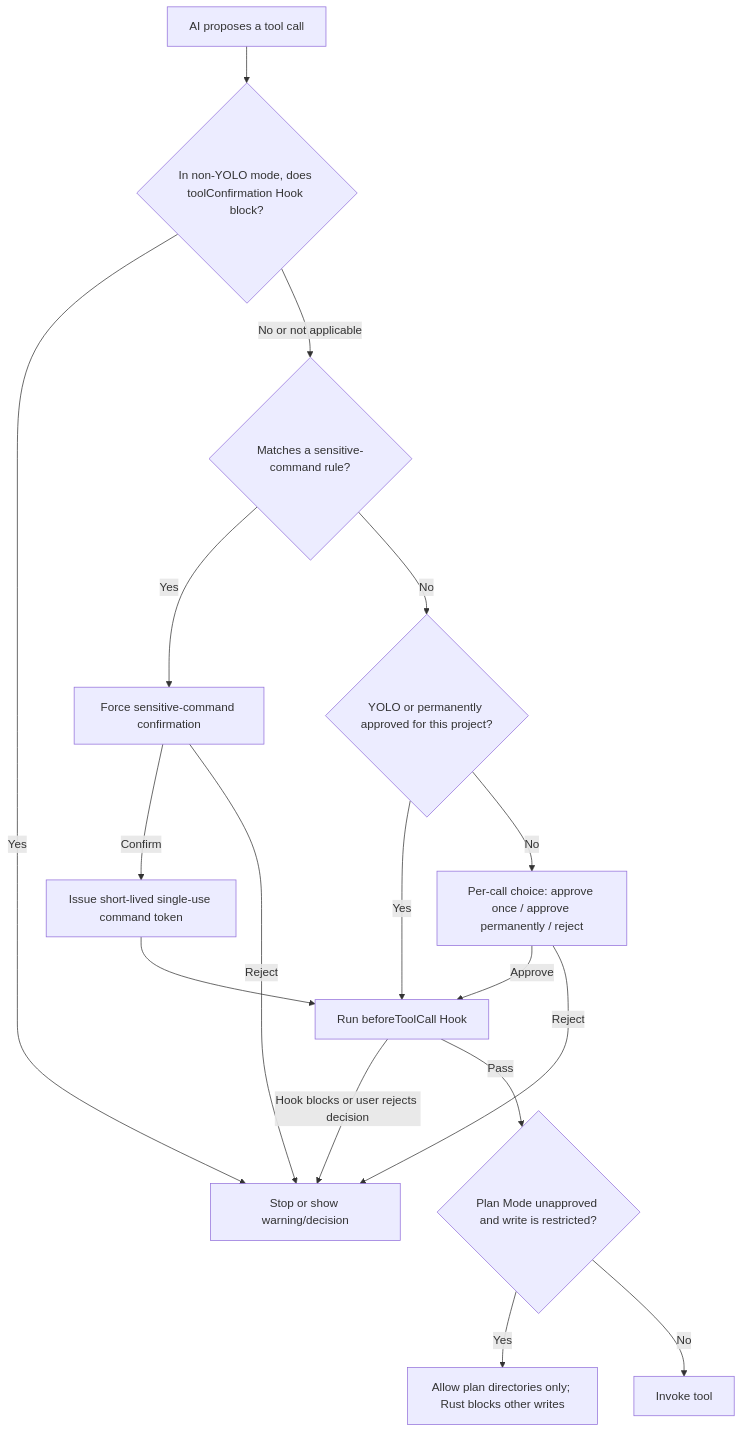
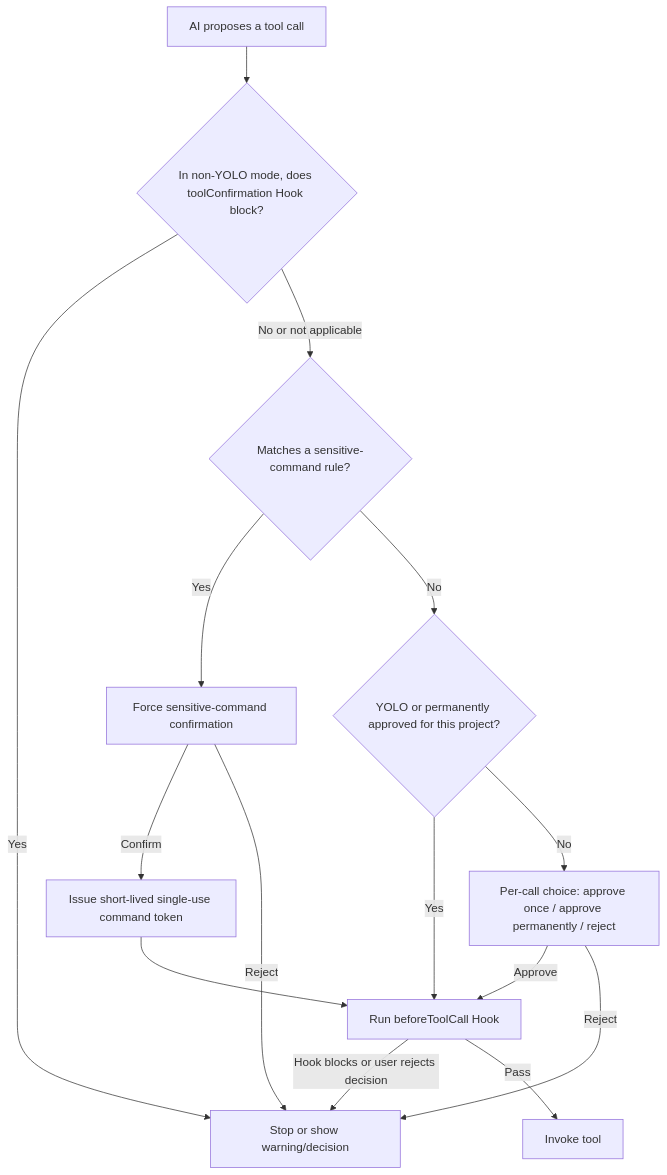
The diagram in docs/en/2-guides/16-security-privacy-and-tool-authorization.md (BaSui01/snow-app), drawn with Mermaid before and after one commit. The commit also changed other lines of this file and 135 other files, not shown here.

First line of the commit message:
refactor: remove Plan Mode feature

````diff
--- a/docs/en/2-guides/16-security-privacy-and-tool-authorization.md
+++ b/docs/en/2-guides/16-security-privacy-and-tool-authorization.md
@@ -49,19 +49,17 @@
 ```mermaid
 flowchart TD
     A[AI proposes a tool call] --> B{In non-YOLO mode, does toolConfirmation Hook block?}
     B -->|Yes| X[Stop or show warning/decision]
     B -->|No or not applicable| C{Matches a sensitive-command rule?}
     C -->|Yes| D[Force sensitive-command confirmation]
     C -->|No| E{YOLO or permanently approved for this project?}
     E -->|Yes| G[Run beforeToolCall Hook]
     E -->|No| F[Per-call choice: approve once / approve permanently / reject]
     D -->|Confirm| H[Issue short-lived single-use command token]
     D -->|Reject| X
     F -->|Approve| G
     F -->|Reject| X
     H --> G
     G -->|Hook blocks or user rejects decision| X
-    G -->|Pass| I{Plan Mode unapproved and write is restricted?}
-    I -->|Yes| J[Allow plan directories only; Rust blocks other writes]
-    I -->|No| K[Invoke tool]
+    G -->|Pass| K[Invoke tool]
 ```
````
